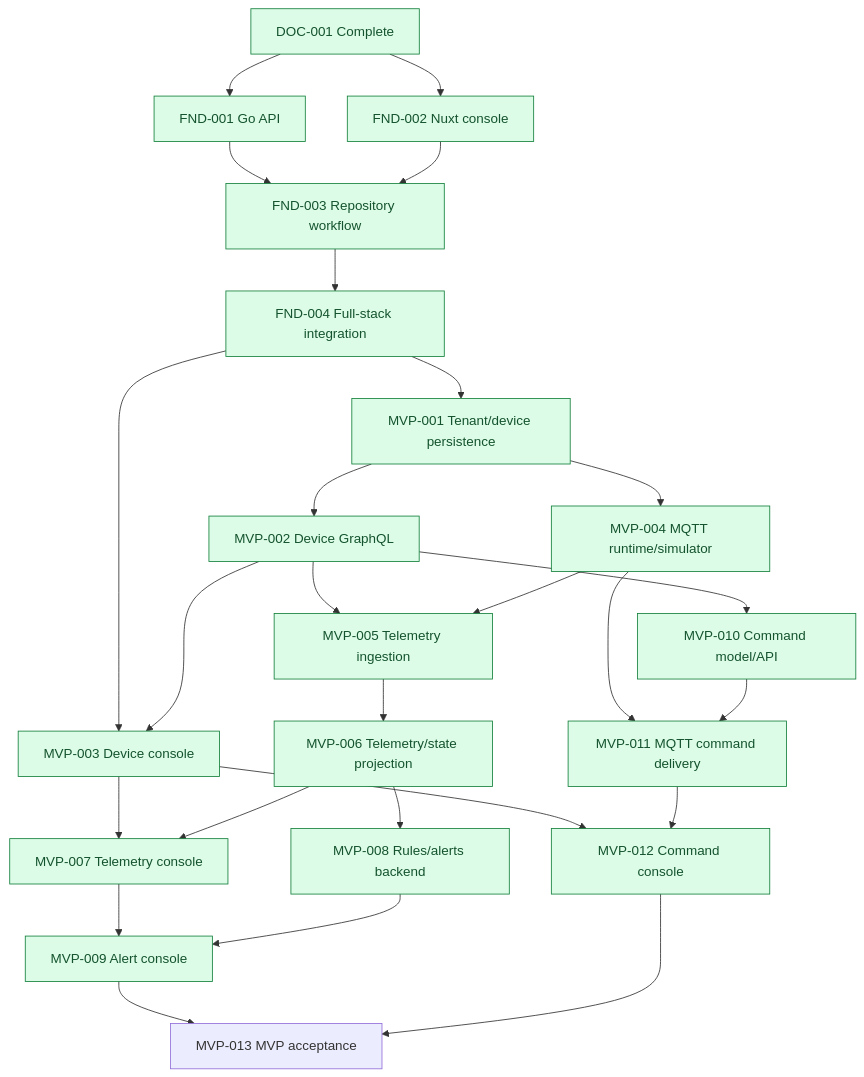
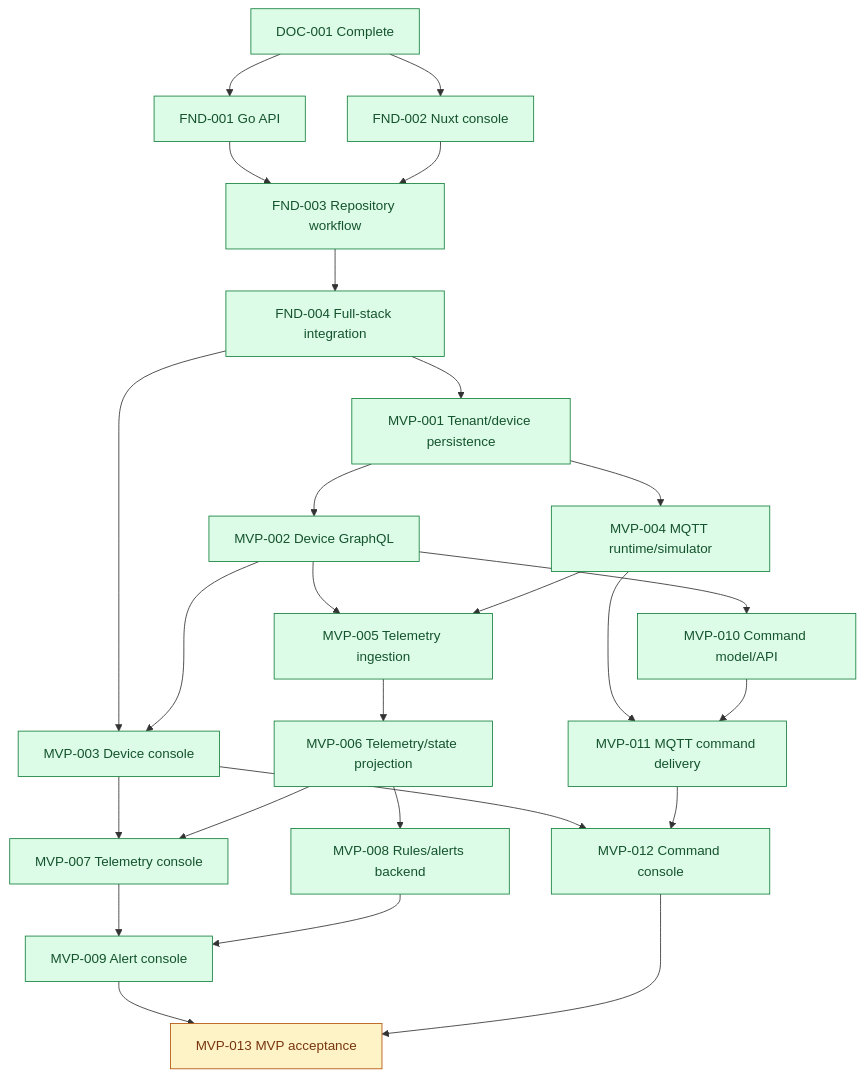
The second of 2 diagrams in docs/roadmap/roadmap.md (methat-ruk/pulsegrid), drawn with Mermaid before and after one commit. The commit also changed other lines of this file and 18 other files, not shown here.

````diff
--- a/docs/roadmap/roadmap.md
+++ b/docs/roadmap/roadmap.md
@@ -49,53 +49,54 @@
 ```mermaid
 flowchart TD
     DOC001[DOC-001 Complete] --> FND001[FND-001 Go API]
     DOC001 --> FND002[FND-002 Nuxt console]
     FND001 --> FND003[FND-003 Repository workflow]
     FND002 --> FND003
     FND003 --> FND004[FND-004 Full-stack integration]
 
     FND004 --> MVP001[MVP-001 Tenant/device persistence]
     MVP001 --> MVP002[MVP-002 Device GraphQL]
     FND004 --> MVP003[MVP-003 Device console]
     MVP002 --> MVP003
 
     MVP001 --> MVP004[MVP-004 MQTT runtime/simulator]
     MVP002 --> MVP005[MVP-005 Telemetry ingestion]
     MVP004 --> MVP005
     MVP005 --> MVP006[MVP-006 Telemetry/state projection]
     MVP003 --> MVP007[MVP-007 Telemetry console]
     MVP006 --> MVP007
 
     MVP006 --> MVP008[MVP-008 Rules/alerts backend]
     MVP007 --> MVP009[MVP-009 Alert console]
     MVP008 --> MVP009
 
     MVP002 --> MVP010[MVP-010 Command model/API]
     MVP004 --> MVP011[MVP-011 MQTT command delivery]
     MVP010 --> MVP011
     MVP003 --> MVP012[MVP-012 Command console]
     MVP011 --> MVP012
 
     MVP009 --> MVP013[MVP-013 MVP acceptance]
     MVP012 --> MVP013
 
     classDef complete fill:#DCFCE7,stroke:#15803D,color:#14532D;
     classDef progress fill:#FEF3C7,stroke:#B45309,color:#78350F;
     class DOC001 complete;
     class FND001 complete;
     class FND002 complete;
     class FND003 complete;
     class FND004 complete;
     class MVP001 complete;
     class MVP002 complete;
     class MVP003 complete;
     class MVP004 complete;
     class MVP005 complete;
     class MVP006 complete;
     class MVP007 complete;
     class MVP008 complete;
     class MVP009 complete;
     class MVP010 complete;
     class MVP011 complete;
     class MVP012 complete;
+    class MVP013 progress;
 ```
````
